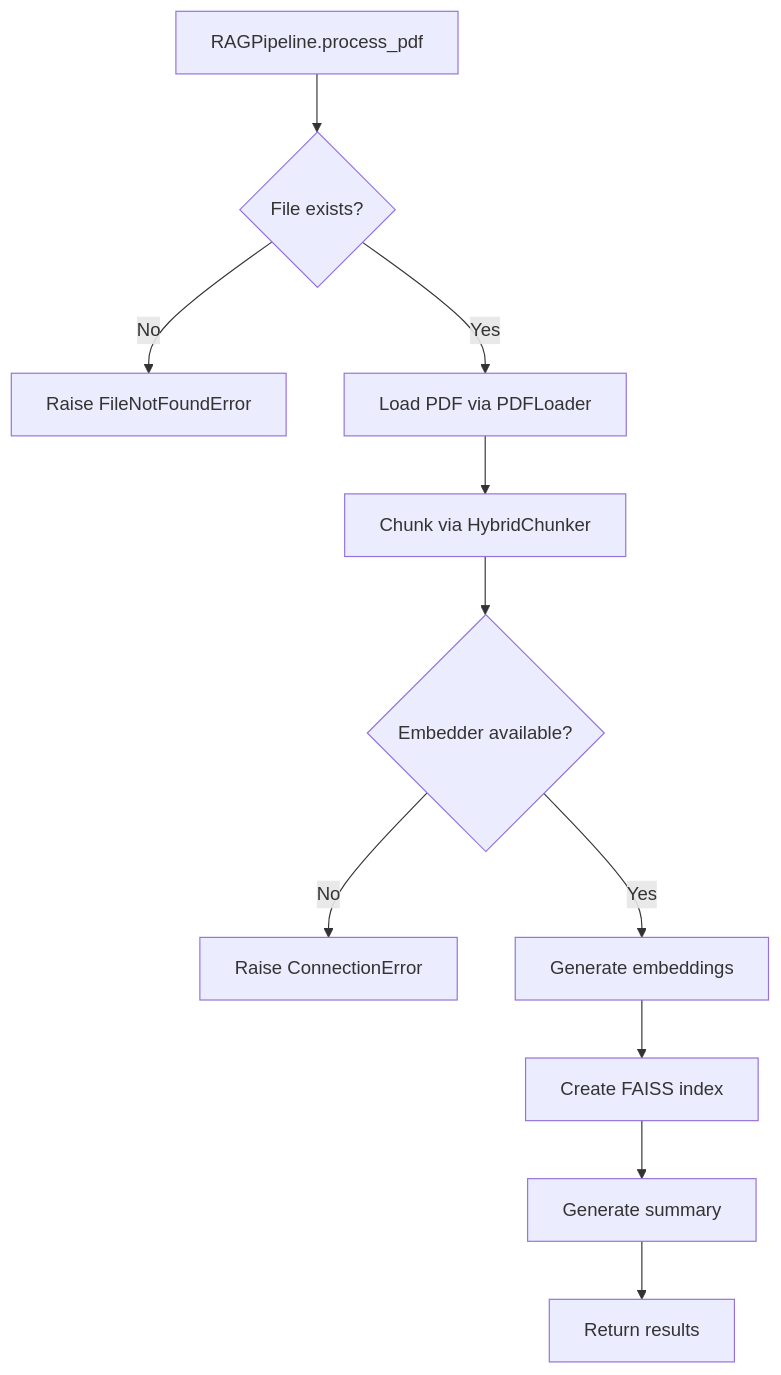
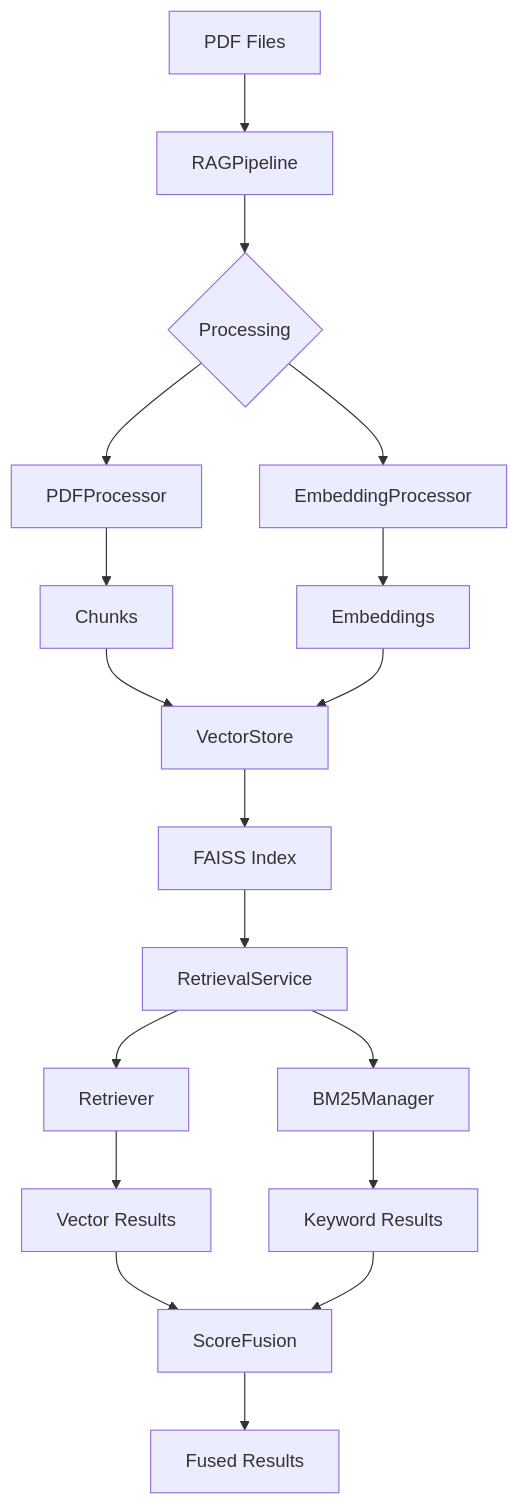
The diagram in pipeline/README.md (Flowerf19/RAG), drawn with Mermaid before and after one commit. The commit also changed other lines of this file and 12 other files, not shown here.

````diff
--- a/pipeline/README.md
+++ b/pipeline/README.md
@@ -262,13 +186,20 @@
 ```mermaid
 flowchart TD
-   A[RAGPipeline.process_pdf] --> B{File exists?}
-   B -->|No| C[Raise FileNotFoundError]
-   B -->|Yes| D[Load PDF via PDFLoader]
-   D --> E[Chunk via HybridChunker]
-   E --> F{Embedder available?}
-   F -->|No| G[Raise ConnectionError]
-   F -->|Yes| H[Generate embeddings]
-   H --> I[Create FAISS index]
-   I --> J[Generate summary]
-   J --> K[Return results]
+    A[PDF Files] --> B[RAGPipeline]
+    B --> C{Processing}
+    C --> D[PDFProcessor]
+    C --> E[EmbeddingProcessor]
+    D --> F[Chunks]
+    E --> G[Embeddings]
+    F --> H[VectorStore]
+    G --> H
+    H --> I[FAISS Index]
+    I --> J[RetrievalService]
+    J --> K[Retriever]
+    J --> L[BM25Manager]
+    K --> M[Vector Results]
+    L --> N[Keyword Results]
+    M --> O[ScoreFusion]
+    N --> O
+    O --> P[Fused Results]
 ```
````
